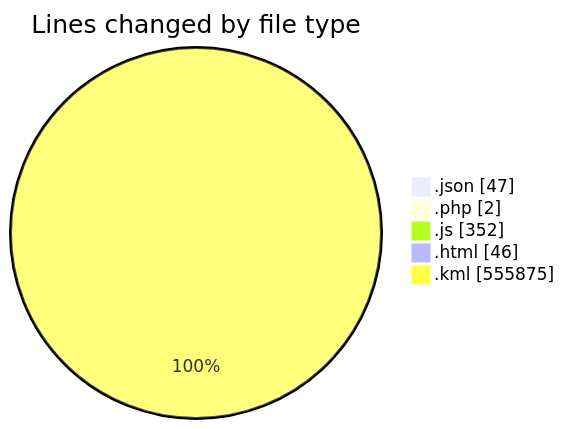
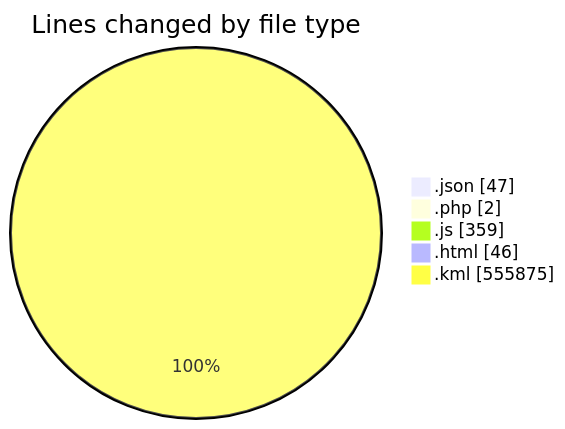
One commit to LanceThiago/code-tracking changed the first of 2 diagrams in 2025-03-27/kml/README.md. Above: the diagram before and after it, drawn with Mermaid. The commit also changed other lines of this file and 1 other file, not shown here.

````diff
--- a/2025-03-27/kml/README.md
+++ b/2025-03-27/kml/README.md
@@ -28,9 +28,9 @@
 ```mermaid
 pie showData
 title Lines changed by file type
 ".json" : 47
 ".php" : 2
-".js" : 352
+".js" : 359
 ".html" : 46
 ".kml" : 555875
 ```
````
